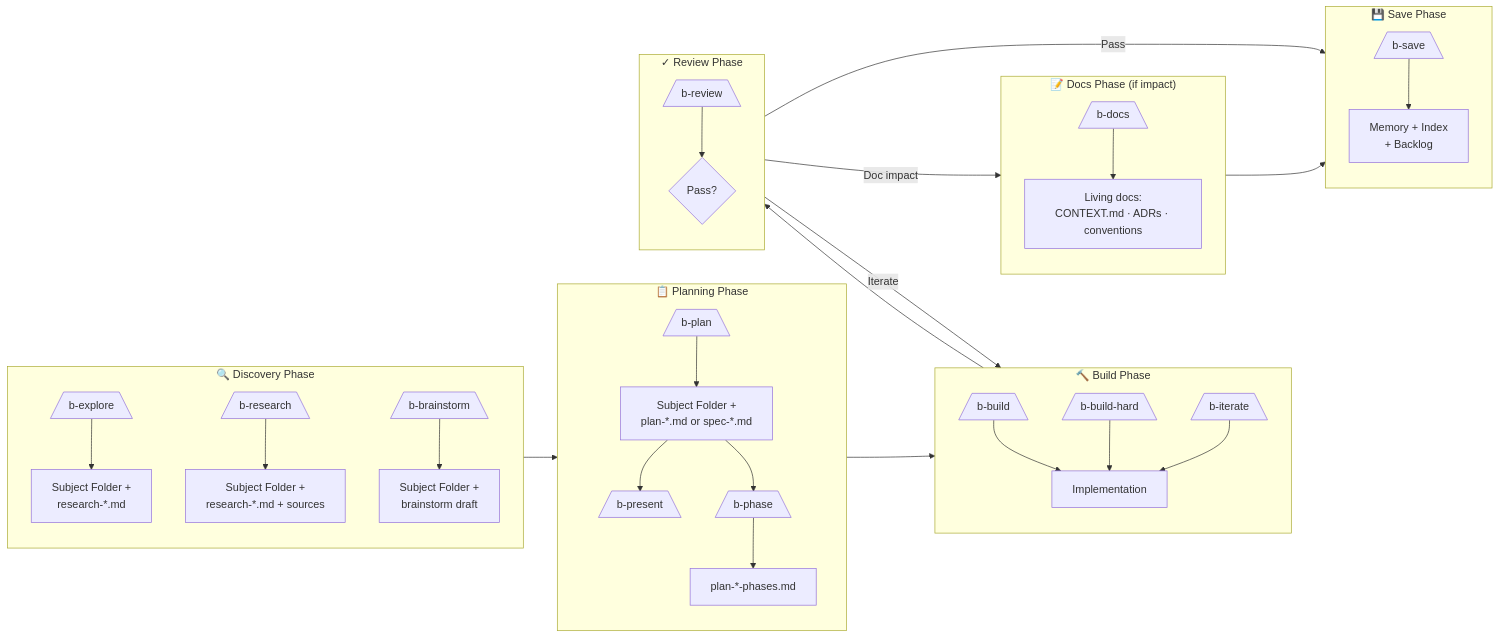
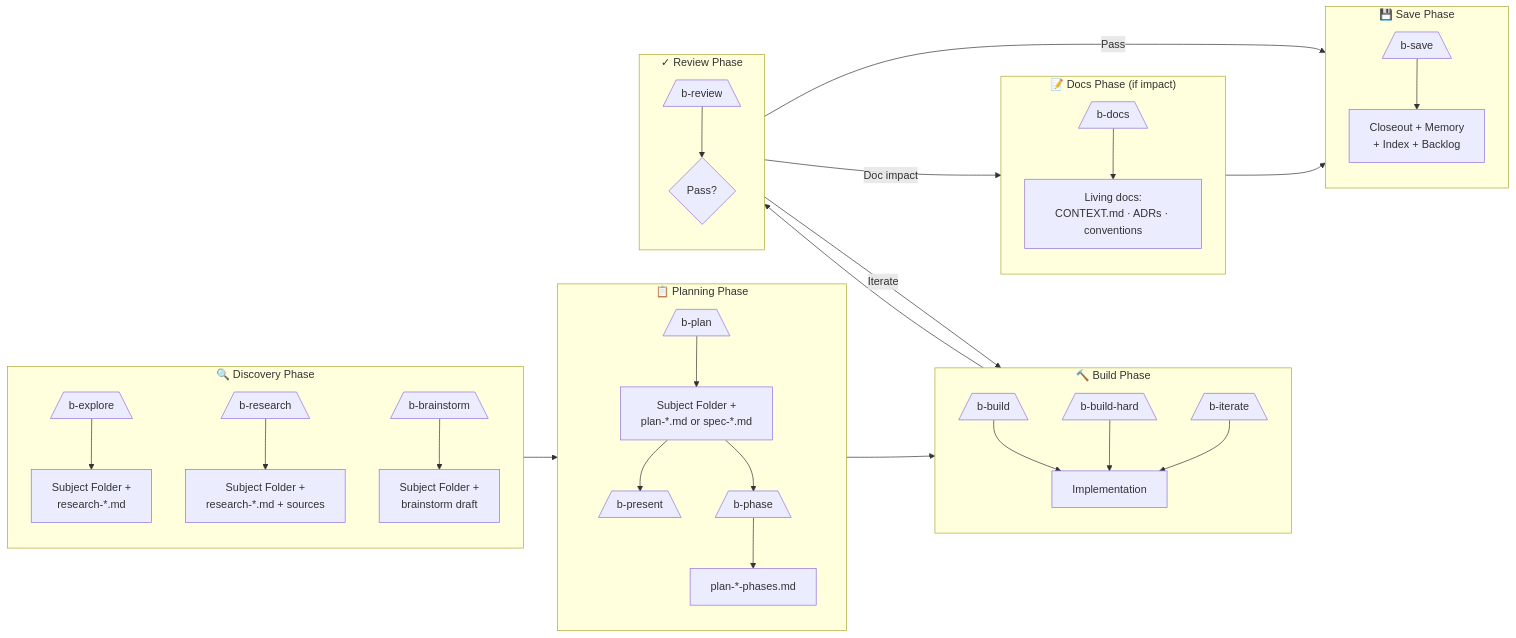
Before and after one commit to evilbuck/buck-workflow-pi: the second of 3 diagrams in docs/buck-workflow.md, drawn with Mermaid. The commit also changed other lines of this file and 22 other files, not shown here.

First line of the commit message:
feat(lifecycle): save-owned closeout gated by review-pass evidence

````diff
--- a/docs/buck-workflow.md
+++ b/docs/buck-workflow.md
@@ -269,41 +269,41 @@
 ```mermaid
 flowchart LR
     subgraph Research["🔍 Discovery Phase"]
         R1[/b-explore\] --> R2[Subject Folder +<br/>research-*.md]
         R1b[/b-research\] --> R2b[Subject Folder +<br/>research-*.md + sources]
         R3[/b-brainstorm\] --> R4[Subject Folder +<br/>brainstorm draft]
     end
     
     subgraph Planning["📋 Planning Phase"]
         P1[/b-plan\] --> P2[Subject Folder +<br/>plan-*.md or spec-*.md]
         P2 --> P3[/b-present\]
         P2 --> P4[/b-phase\]
         P4 --> P5[plan-*-phases.md]
     end
     
     subgraph Build["🔨 Build Phase"]
         B1[/b-build\] --> B2[Implementation]
         B3[/b-build-hard\] --> B2
         B4[/b-iterate\] --> B2
     end
     
     subgraph Review["✓ Review Phase"]
         V1[/b-review\] --> V2{Pass?}
     end
     
     subgraph Docs["📝 Docs Phase (if impact)"]
         D1[/b-docs\] --> D2[Living docs:<br/>CONTEXT.md · ADRs · conventions]
     end
     
     subgraph Save["💾 Save Phase"]
-        S1[/b-save\] --> S2[Memory + Index<br/>+ Backlog]
+        S1[/b-save\] --> S2[Closeout + Memory<br/>+ Index + Backlog]
     end
     
     Research --> Planning
     Planning --> Build
     Build --> Review
     Review -->|Pass| Save
     Review -->|Doc impact| Docs
     Docs --> Save
     Review -->|Iterate| Build
 ```
````
